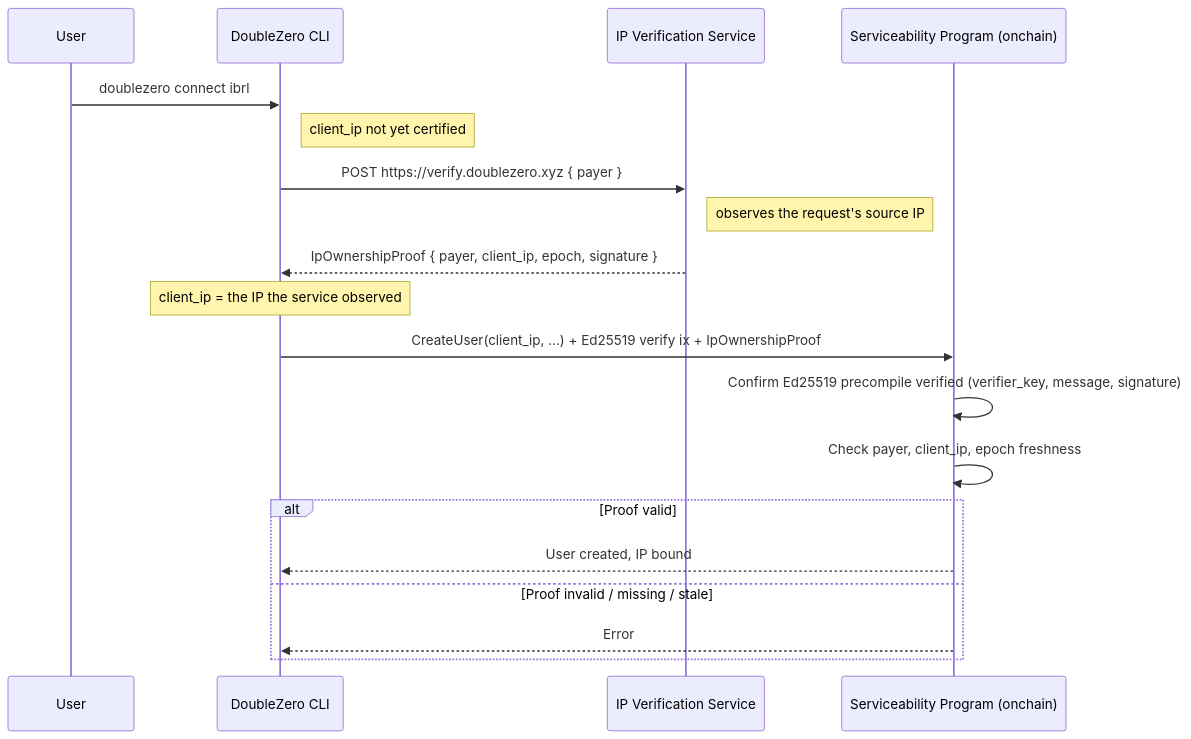
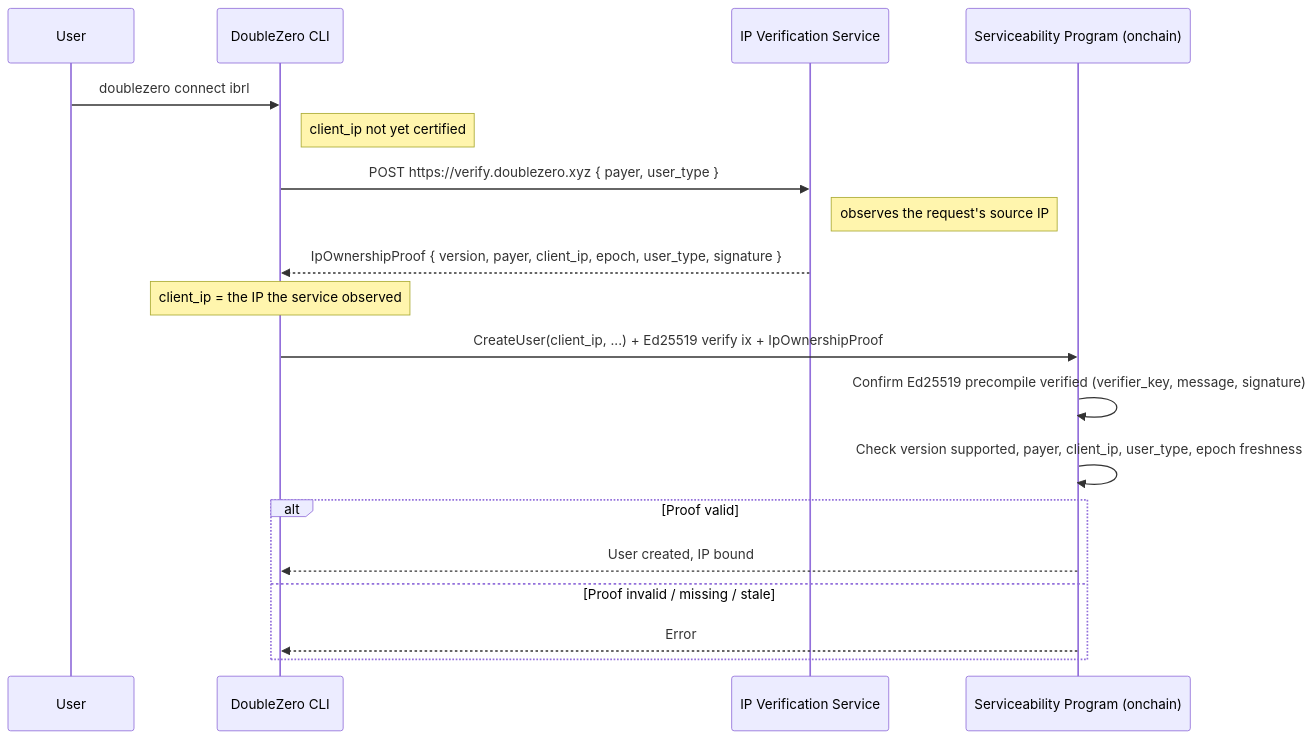
One commit to malbeclabs/doublezero changed the diagram in rfcs/rfc27-ip-verification.md. Above: the diagram before and after it, drawn with Mermaid. The commit also changed other lines of this file and 8 other files, not shown here.

First line of the commit message:
ip-proof: add a crate defining the IpOwnershipProof layout and signed message (#4206)

````diff
--- a/rfcs/rfc27-ip-verification.md
+++ b/rfcs/rfc27-ip-verification.md
@@ -89,26 +90,26 @@
 ```mermaid
 sequenceDiagram
     participant U as User
     participant C as DoubleZero CLI
     participant V as IP Verification Service
     participant S as Serviceability Program (onchain)
 
     U->>C: doublezero connect ibrl
     Note right of C: client_ip not yet certified
 
-    C->>V: POST https://verify.doublezero.xyz { payer }
+    C->>V: POST https://verify.doublezero.xyz { payer, user_type }
     Note right of V: observes the request's source IP
-    V-->>C: IpOwnershipProof { payer, client_ip, epoch, signature }
+    V-->>C: IpOwnershipProof { version, payer, client_ip, epoch, user_type, signature }
 
     Note over C: client_ip = the IP the service observed
 
     C->>S: CreateUser(client_ip, ...) + Ed25519 verify ix + IpOwnershipProof
     S->>S: Confirm Ed25519 precompile verified (verifier_key, message, signature)
-    S->>S: Check payer, client_ip, epoch freshness
+    S->>S: Check version supported, payer, client_ip, user_type, epoch freshness
 
     alt Proof valid
         S-->>C: User created, IP bound
     else Proof invalid / missing / stale
         S-->>C: Error
     end
 ```
````
